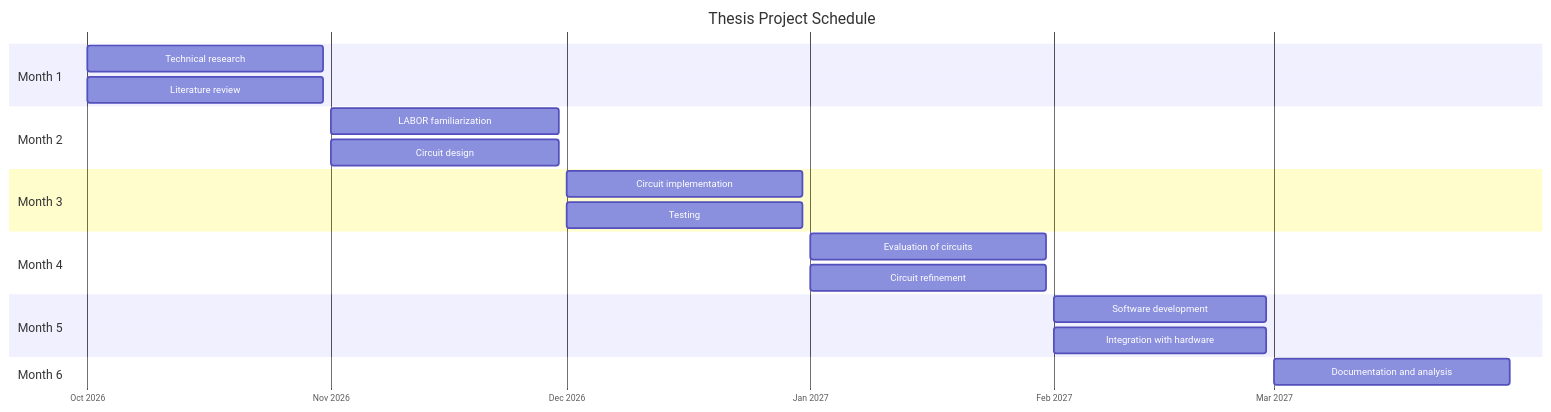
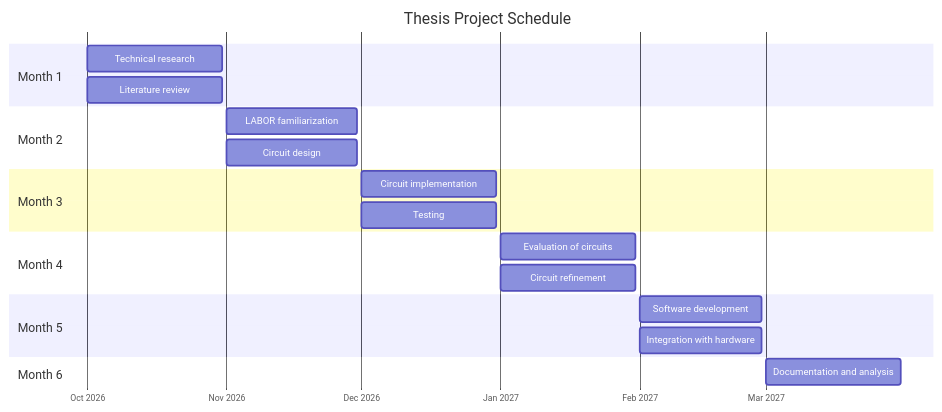
Before and after one commit to psai-harshita/MasterarbeitSynthCkts: the diagram in anu-thesis/chapter1.qmd, drawn with Mermaid.

````diff
--- a/anu-thesis/chapter1.qmd
+++ b/anu-thesis/chapter1.qmd
@@ -123,45 +123,44 @@
 ```{mermaid}
 %%| label: fig-gantt
 %%| fig-cap: "Project timeline of the thesis work"
 %%{init: {
   'gantt': {
-    'useWidth': 1800,
-    'useMaxWidth': false,
+   'useMaxWidth': true,
     'fontSize': 11,
     'sectionFontSize': 14,
     'barHeight': 30,
     'barGap': 6,
     'leftPadding': 90
   }
 }}%%
 gantt
     title Thesis Project Schedule
     dateFormat  YYYY-MM-DD
     axisFormat  %b %Y
     todayMarker off
 
     section Month 1
     Technical research    :a1, 2026-10-01, 2026-10-31
     Literature review     :a2, 2026-10-01, 2026-10-31
 
     section Month 2
     LABOR familiarization  :b1, 2026-11-01, 2026-11-30
     Circuit design  :b2, 2026-11-01, 2026-11-30
 
     section Month 3
     Circuit implementation  :c1, 2026-12-01, 2026-12-31
     Testing :c2, 2026-12-01, 2026-12-31
 
     section Month 4    
     Evaluation of circuits   :d1, 2027-01-01, 2027-01-31                    
     Circuit refinement     :d2, 2027-01-01, 2027-01-31
     
 
     section Month 5
     Software development   :e1, 2027-02-01, 2027-02-28
     Integration with hardware  :e2, 2027-02-01, 2027-02-28
 
     section Month 6
     Documentation and analysis   :f1, 2027-03-01, 2027-03-31
 
 ```
````
